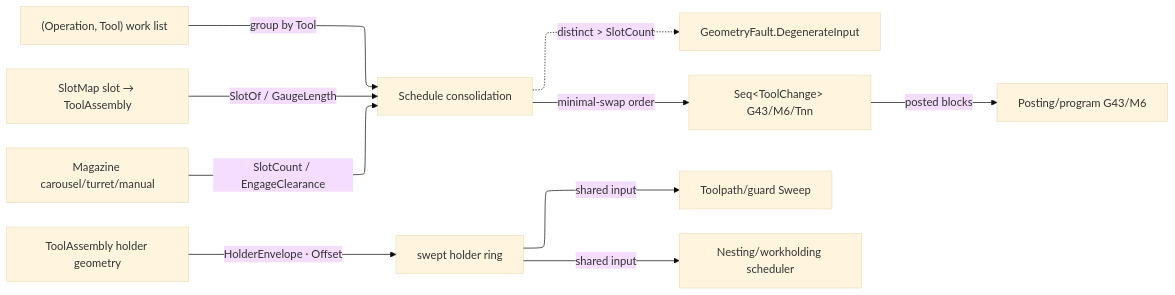
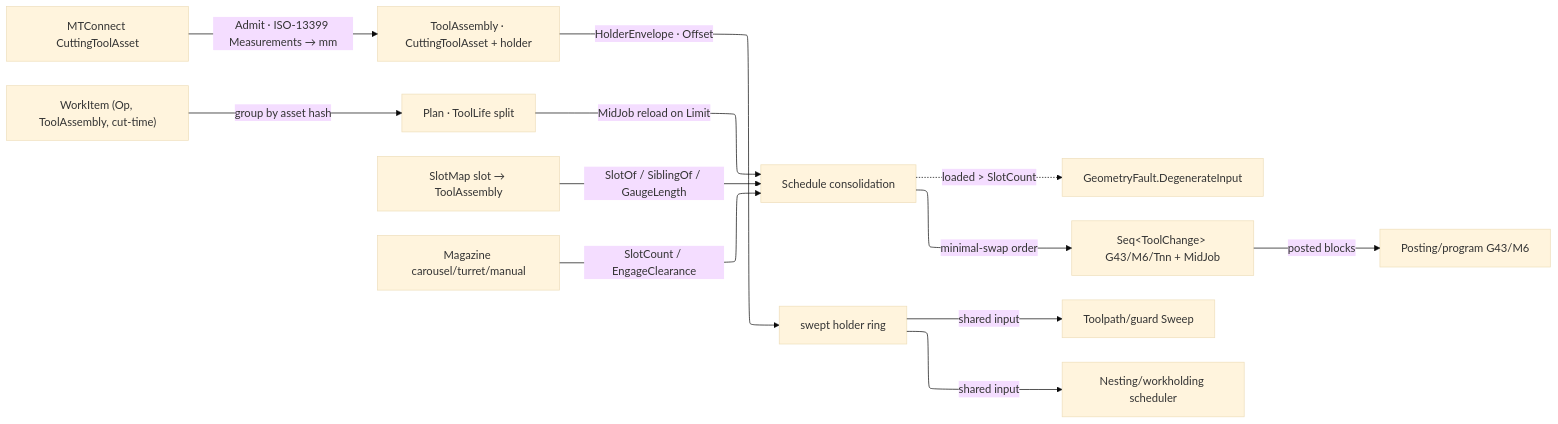
The diagram in libs/csharp/Rasm.Fabrication/.planning/Process/magazine.md (bsamiee/Rasm), drawn with Mermaid before and after one commit. The commit also changed other lines of this file and 219 other files, not shown here.

````diff
--- a/libs/csharp/Rasm.Fabrication/.planning/Process/magazine.md
+++ b/libs/csharp/Rasm.Fabrication/.planning/Process/magazine.md
@@ -107,17 +170,19 @@
 ```mermaid
 ---
 config:
   layout: elk
   theme: base
 ---
 flowchart LR
-    Work["(Operation, Tool) work list"] -->|group by Tool| Consolidate["Schedule consolidation"]
-    SlotMap["SlotMap slot → ToolAssembly"] -->|SlotOf / GaugeLength| Consolidate
+    Asset["MTConnect CuttingToolAsset"] -->|Admit · ISO-13399 Measurements → mm| ToolAssembly
+    Work["WorkItem (Op, ToolAssembly, cut-time)"] -->|group by asset hash| Plan["Plan · ToolLife split"]
+    Plan -->|MidJob reload on Limit| Consolidate["Schedule consolidation"]
+    SlotMap["SlotMap slot → ToolAssembly"] -->|SlotOf / SiblingOf / GaugeLength| Consolidate
     Magazine["Magazine carousel/turret/manual"] -->|SlotCount / EngageClearance| Consolidate
-    Consolidate -.->|distinct > SlotCount| Overflow["GeometryFault.DegenerateInput"]
-    Consolidate -->|minimal-swap order| Changes["Seq&lt;ToolChange&gt; G43/M6/Tnn"]
-    ToolAssembly["ToolAssembly holder geometry"] -->|HolderEnvelope · Offset| Envelope["swept holder ring"]
+    Consolidate -.->|loaded > SlotCount| Overflow["GeometryFault.DegenerateInput"]
+    Consolidate -->|minimal-swap order| Changes["Seq&lt;ToolChange&gt; G43/M6/Tnn + MidJob"]
+    ToolAssembly["ToolAssembly · CuttingToolAsset + holder"] -->|HolderEnvelope · Offset| Envelope["swept holder ring"]
     Envelope -->|shared input| Guard["Toolpath/guard Sweep"]
     Envelope -->|shared input| Fixture["Nesting/workholding scheduler"]
     Changes -->|posted blocks| Post["Posting/program G43/M6"]
 ```
````
